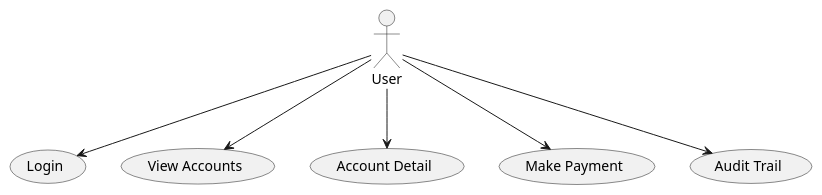
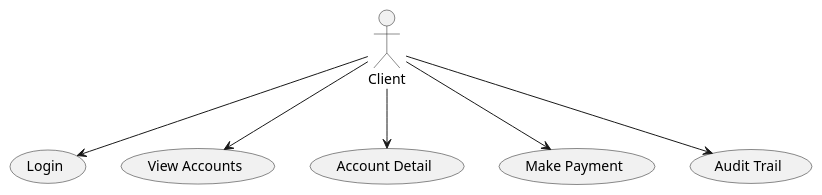
The diagram in domain/src/main/models/use_case.puml (graeme-lockley/note-structuring-ui-tests), drawn with PlantUML before and after one commit. The commit also changed 23 other files, not shown here.

Commit message:
Renamed user to client as, from a modelling sense, users don't have accounts but rather clients have accounts.

```diff
--- a/domain/src/main/models/use_case.puml
+++ b/domain/src/main/models/use_case.puml
@@ -1,7 +1,7 @@
 @startuml
-User --> (Login)
-User --> (View Accounts)
-User --> (Account Detail)
-User --> (Make Payment)
-User --> (Audit Trail)
+Client --> (Login)
+Client --> (View Accounts)
+Client --> (Account Detail)
+Client --> (Make Payment)
+Client --> (Audit Trail)
 @enduml
```
